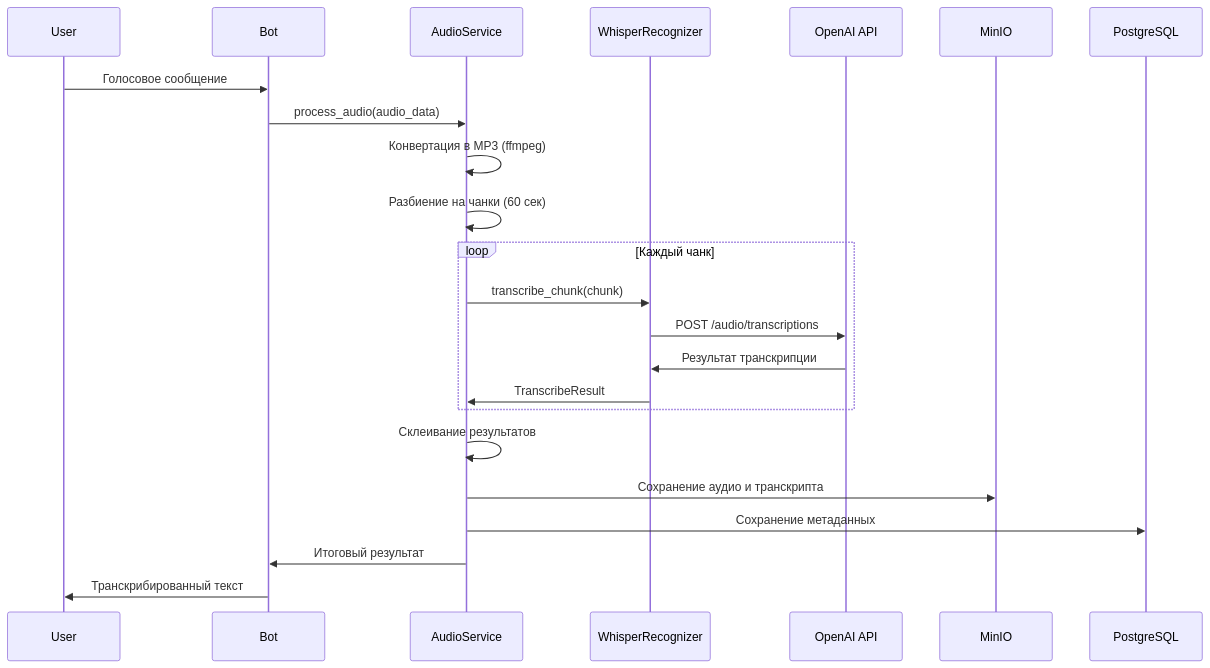
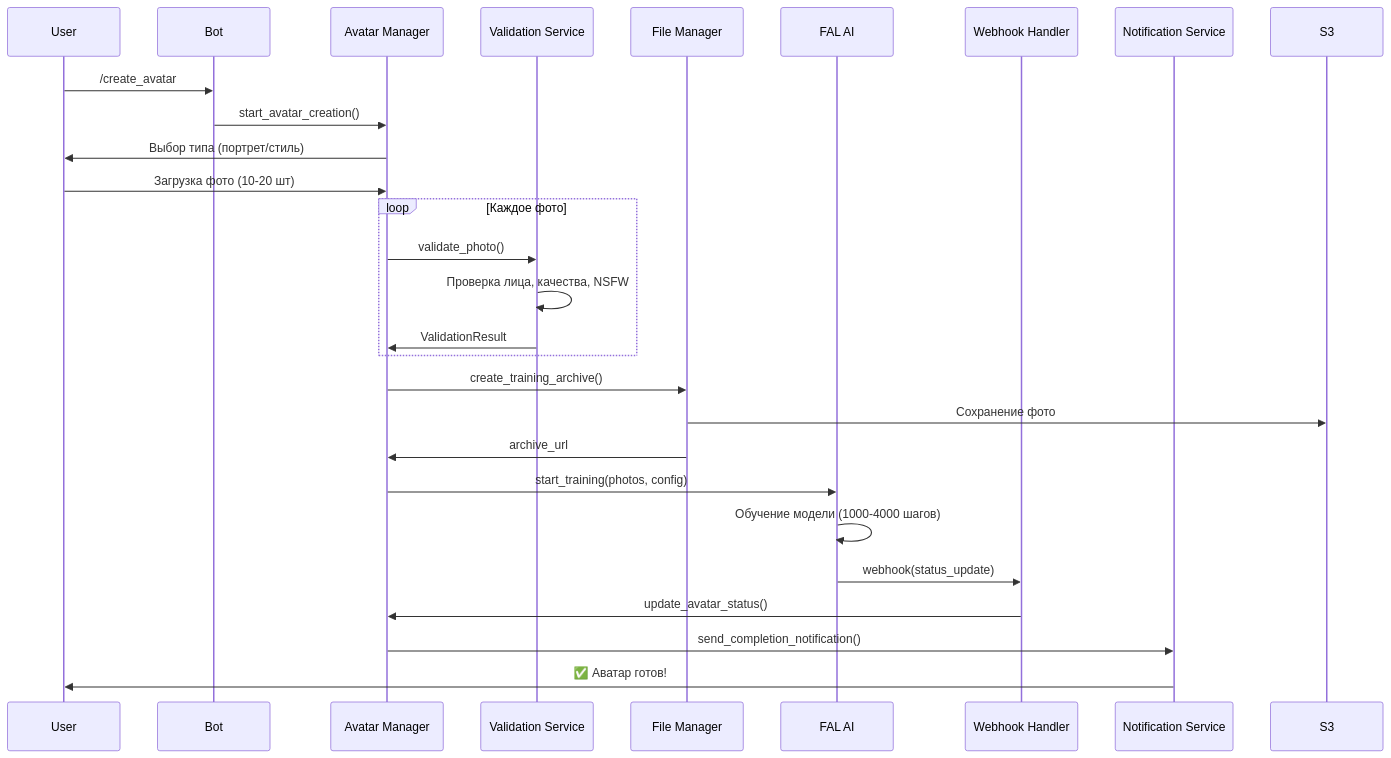
The third of 6 diagrams in docs/architecture.md (sergeyshmagin/Aisha_bot_new), drawn with Mermaid before and after one commit. The commit also changed other lines of this file and 12 other files, not shown here.

````diff
--- a/docs/architecture.md
+++ b/docs/architecture.md
@@ -89,28 +153,34 @@
 ```mermaid
 sequenceDiagram
     participant U as User
     participant B as Bot
-    participant AS as AudioService
-    participant WR as WhisperRecognizer
-    participant O as OpenAI API
-    participant M as MinIO
-    participant DB as PostgreSQL
+    participant AM as Avatar Manager
+    participant VS as Validation Service
+    participant FM as File Manager
+    participant FAL as FAL AI
+    participant WH as Webhook Handler
+    participant NS as Notification Service
     
-    U->>B: Голосовое сообщение
-    B->>AS: process_audio(audio_data)
-    AS->>AS: Конвертация в MP3 (ffmpeg)
-    AS->>AS: Разбиение на чанки (60 сек)
+    U->>B: /create_avatar
+    B->>AM: start_avatar_creation()
+    AM->>U: Выбор типа (портрет/стиль)
+    U->>AM: Загрузка фото (10-20 шт)
     
-    loop Каждый чанк
-        AS->>WR: transcribe_chunk(chunk)
-        WR->>O: POST /audio/transcriptions
-        O->>WR: Результат транскрипции
-        WR->>AS: TranscribeResult
+    loop Каждое фото
+        AM->>VS: validate_photo()
+        VS->>VS: Проверка лица, качества, NSFW
+        VS->>AM: ValidationResult
     end
     
-    AS->>AS: Склеивание результатов
-    AS->>M: Сохранение аудио и транскрипта
-    AS->>DB: Сохранение метаданных
-    AS->>B: Итоговый результат
-    B->>U: Транскрибированный текст
+    AM->>FM: create_training_archive()
+    FM->>S3: Сохранение фото
+    FM->>AM: archive_url
+    
+    AM->>FAL: start_training(photos, config)
+    FAL->>FAL: Обучение модели (1000-4000 шагов)
+    FAL->>WH: webhook(status_update)
+    
+    WH->>AM: update_avatar_status()
+    AM->>NS: send_completion_notification()
+    NS->>U: ✅ Аватар готов!
 ```
````
